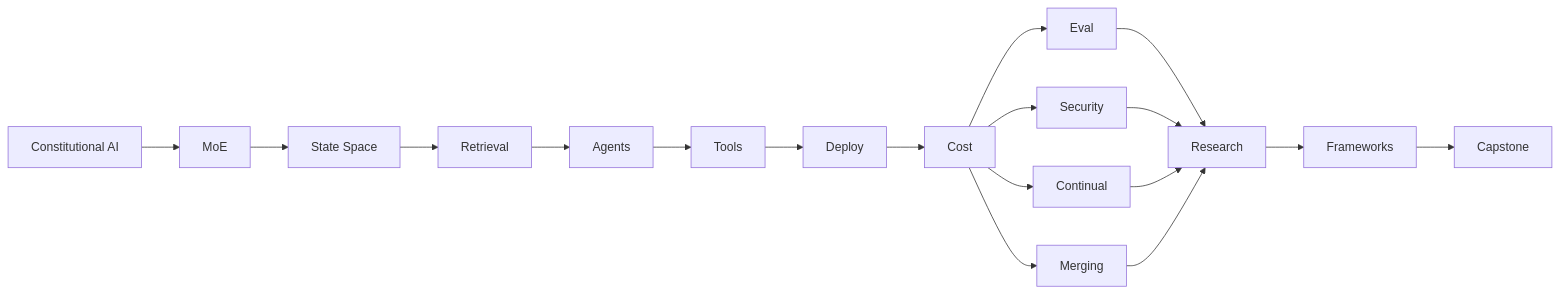
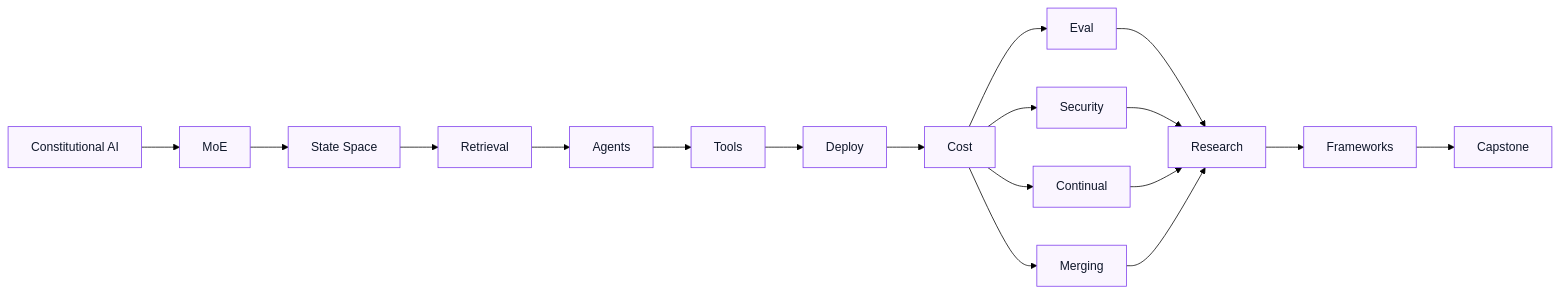
The seventh of 7 diagrams in README.md (nexageapps/LLM), drawn with Mermaid before and after one commit. The commit also changed other lines of this file, not shown here.

````diff
--- a/README.md
+++ b/README.md
@@ -308,10 +314,11 @@
 ```mermaid
+%%{init: {'theme':'base', 'themeVariables': {'primaryTextColor':'#0f172a', 'primaryColor':'#ede9fe', 'primaryBorderColor':'#6d28d9', 'secondaryColor':'#fce7f3', 'tertiaryColor':'#dbeafe', 'background':'#ffffff', 'mainBkg':'#faf5ff', 'textColor':'#1e293b', 'nodeBorder':'#7c3aed', 'edgeColor':'#475569'}}}%%
 flowchart LR
     L46[Constitutional AI] --> L47[MoE]
     L47 --> L48[State Space]
     L48 --> L49[Retrieval]
     L49 --> L50[Agents] --> L51[Tools]
     L51 --> L52[Deploy] --> L53[Cost]
     L53 --> L54[Eval] & L55[Security] & L56[Continual] & L57[Merging]
     L54 & L55 & L56 & L57 --> L58[Research] --> L59[Frameworks] --> L60[Capstone]
 ```
````
